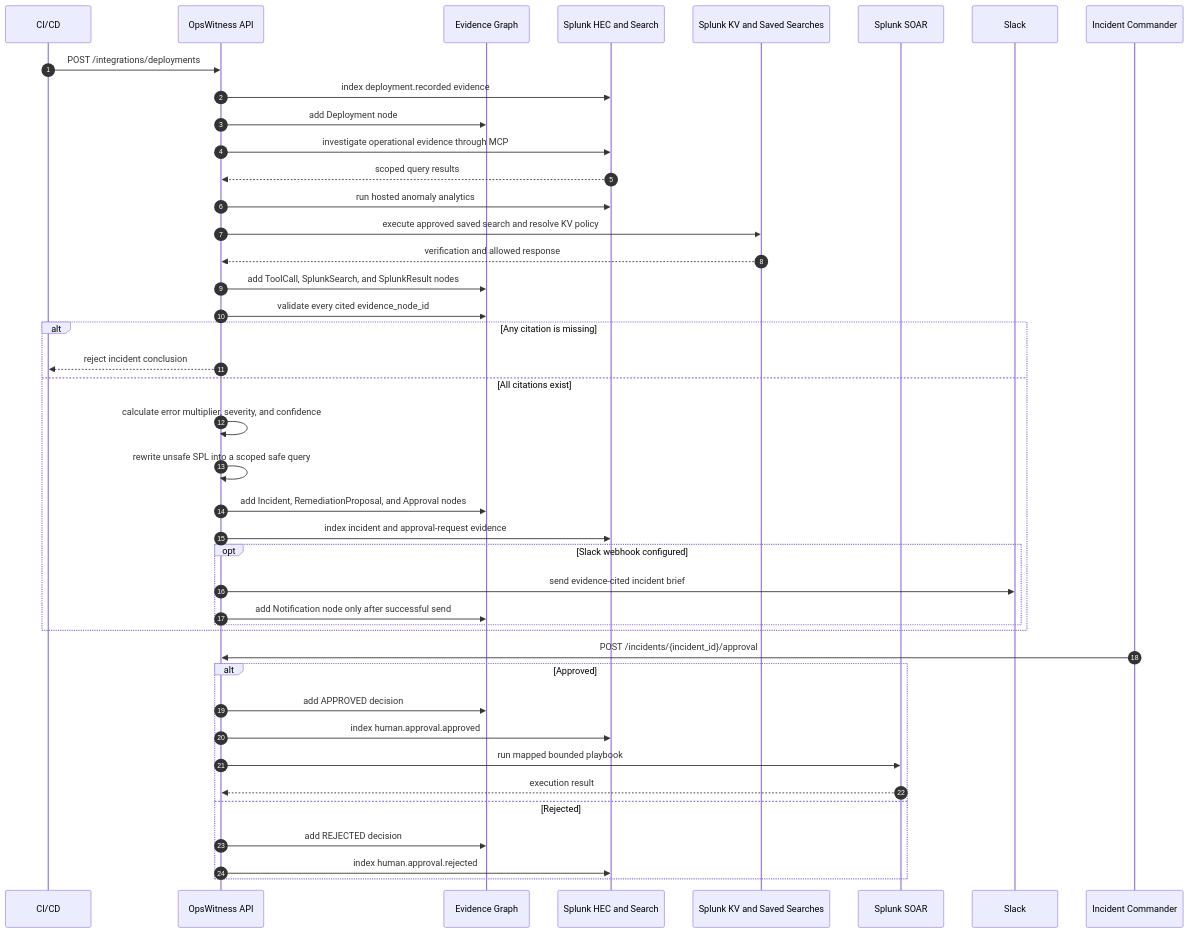
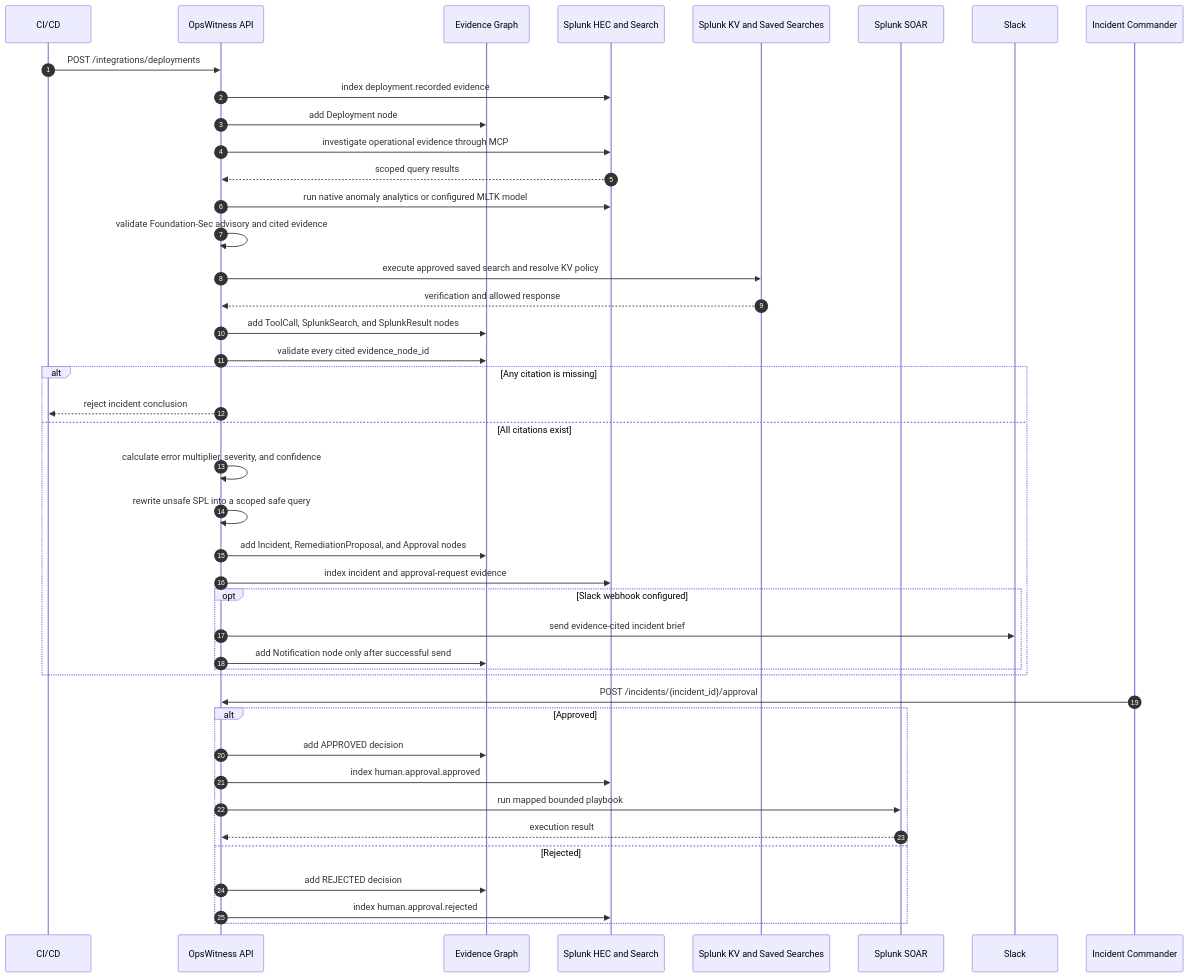
The sixth of 7 diagrams in architecture_diagram.md (N-45div/OpsWitness), drawn with Mermaid before and after one commit. The commit also changed other lines of this file and 4 other files, not shown here.

````diff
--- a/architecture_diagram.md
+++ b/architecture_diagram.md
@@ -220,48 +228,49 @@
 ```mermaid
 sequenceDiagram
   autonumber
   participant CICD as CI/CD
   participant API as OpsWitness API
   participant Graph as Evidence Graph
   participant Splunk as Splunk HEC and Search
   participant Policy as Splunk KV and Saved Searches
   participant SOAR as Splunk SOAR
   participant Slack as Slack
   participant Human as Incident Commander
 
   CICD->>API: POST /integrations/deployments
   API->>Splunk: index deployment.recorded evidence
   API->>Graph: add Deployment node
 
   API->>Splunk: investigate operational evidence through MCP
   Splunk-->>API: scoped query results
-  API->>Splunk: run hosted anomaly analytics
+  API->>Splunk: run native anomaly analytics or configured MLTK model
+  API->>API: validate Foundation-Sec advisory and cited evidence
   API->>Policy: execute approved saved search and resolve KV policy
   Policy-->>API: verification and allowed response
   API->>Graph: add ToolCall, SplunkSearch, and SplunkResult nodes
 
   API->>Graph: validate every cited evidence_node_id
   alt Any citation is missing
     API-->>CICD: reject incident conclusion
   else All citations exist
     API->>API: calculate error multiplier, severity, and confidence
     API->>API: rewrite unsafe SPL into a scoped safe query
     API->>Graph: add Incident, RemediationProposal, and Approval nodes
     API->>Splunk: index incident and approval-request evidence
     opt Slack webhook configured
       API->>Slack: send evidence-cited incident brief
       API->>Graph: add Notification node only after successful send
     end
   end
 
   Human->>API: POST /incidents/{incident_id}/approval
   alt Approved
     API->>Graph: add APPROVED decision
     API->>Splunk: index human.approval.approved
     API->>SOAR: run mapped bounded playbook
     SOAR-->>API: execution result
   else Rejected
     API->>Graph: add REJECTED decision
     API->>Splunk: index human.approval.rejected
   end
 ```
````
